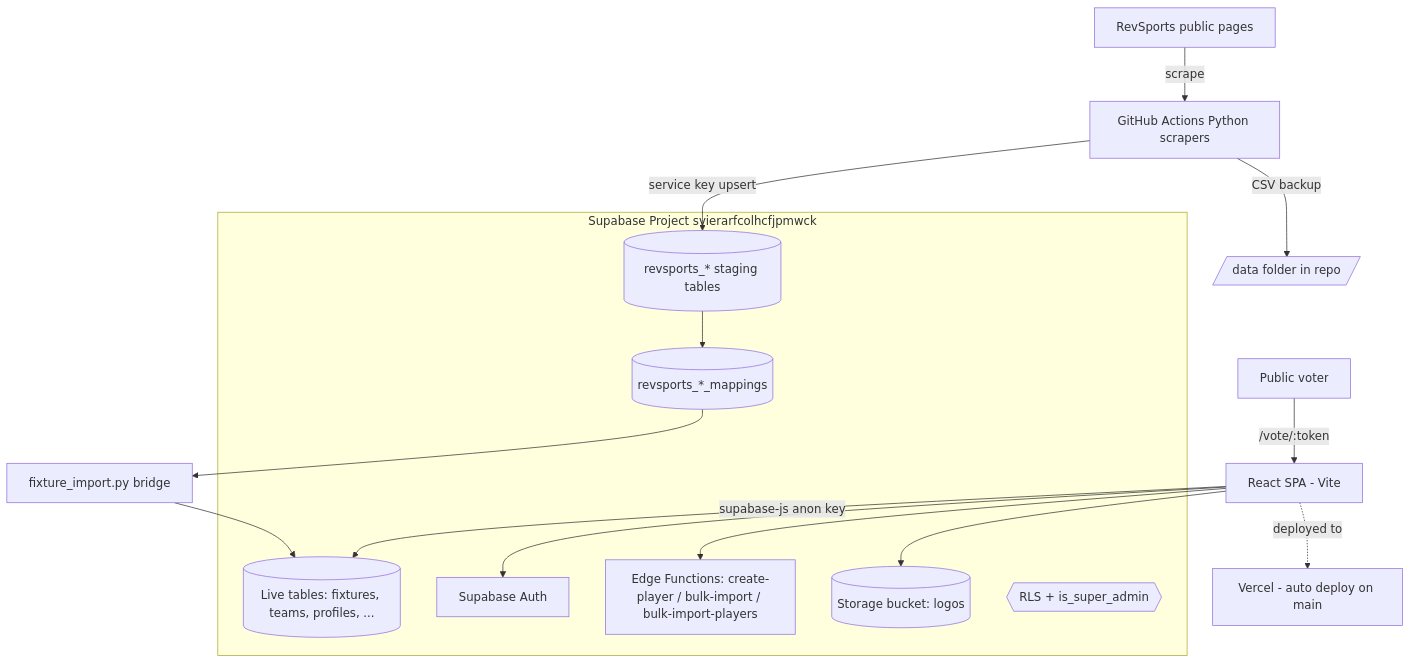
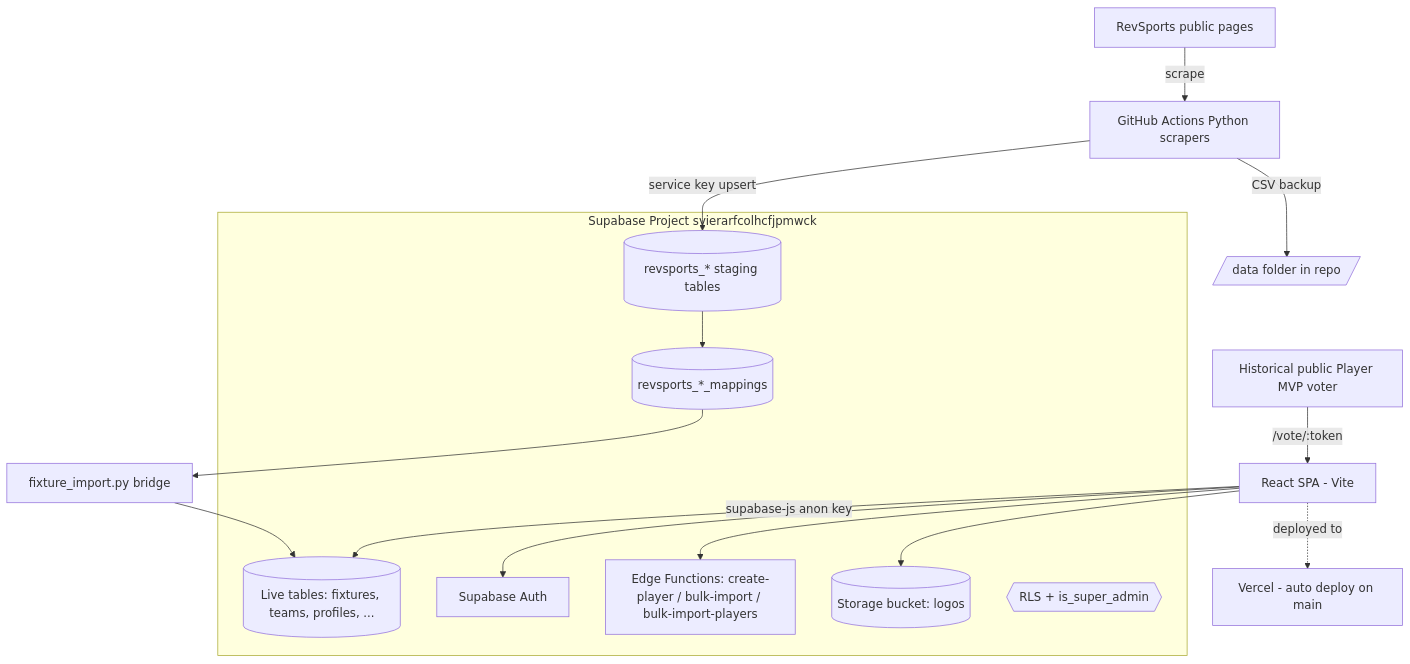
The first of 3 diagrams in TECHNICAL_SPECIFICATION_AND_SYSTEM_HANDOFF.md (SportStackApp/sportstack), drawn with Mermaid before and after one commit. The commit also changed other lines of this file and 23 other files, not shown here.

````diff
--- a/TECHNICAL_SPECIFICATION_AND_SYSTEM_HANDOFF.md
+++ b/TECHNICAL_SPECIFICATION_AND_SYSTEM_HANDOFF.md
@@ -77,24 +87,24 @@
 ```mermaid
 flowchart TD
     RS[RevSports public pages] -->|scrape| GA[GitHub Actions Python scrapers]
     GA -->|CSV backup| DATA[/data folder in repo/]
     GA -->|service key upsert| STG[(revsports_* staging tables)]
     STG --> MAP[(revsports_*_mappings)]
     MAP --> FI[fixture_import.py bridge]
     FI --> LIVE[(Live tables: fixtures, teams, profiles, ...)]
     subgraph Supabase Project svierarfcolhcfjpmwck
         STG
         MAP
         LIVE
         AUTH[Supabase Auth]
         EF[Edge Functions: create-player / bulk-import / bulk-import-players]
         STORE[(Storage bucket: logos)]
         RLS{{RLS + is_super_admin}}
     end
     SPA[React SPA - Vite] -->|supabase-js anon key| LIVE
     SPA --> AUTH
     SPA --> EF
     SPA --> STORE
     SPA -. deployed to .-> VERCEL[Vercel - auto deploy on main]
-    VOTER[Public voter] -->|/vote/:token| SPA
+    VOTER[Historical public Player MVP voter] -->|/vote/:token| SPA
 ```
````
